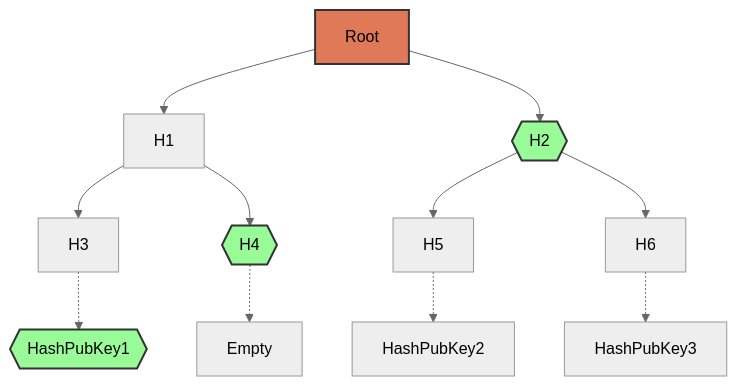
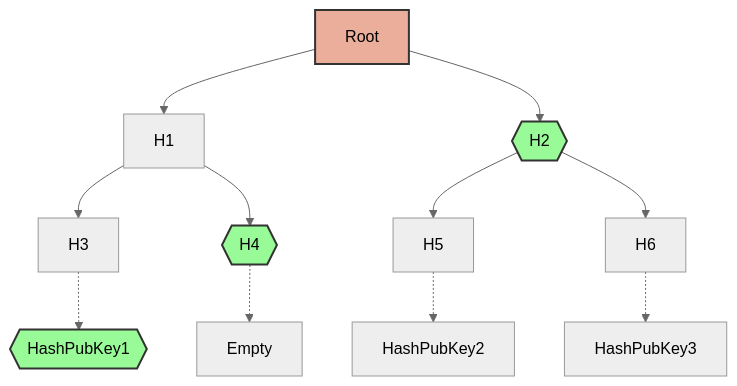
The second of 2 diagrams in src/architecture/census-overview.md (vocdoni/docs), drawn with Mermaid (neutral theme) before and after one commit. The commit also changed other lines of this file and 4 other files, not shown here.

````diff
--- a/src/architecture/census-overview.md
+++ b/src/architecture/census-overview.md
@@ -30,22 +31,22 @@
 ```mermaid
 graph TD
 HP1{{HashPubKey1}}
 HP2{{H2}}
 HP4{{H4}}
 
-style Root fill:#df7957,stroke:#333,stroke-width:2px
+style Root fill:#EBAE9A,stroke:#333,stroke-width:2px
 style HP1 fill:#98fb98,stroke:#333,stroke-width:2px
 style HP2 fill:#98fb98,stroke:#333,stroke-width:2px
 style HP4 fill:#98fb98,stroke:#333,stroke-width:2px
 
 Root-->H1
 Root-->HP2
 H1-->H3
 H1-->HP4
 HP2-->H5
 HP2-->H6
 H3-.->HP1
 HP4-.->Empty
 H5-.->HashPubKey2
 H6-.->HashPubKey3
 ```
````
